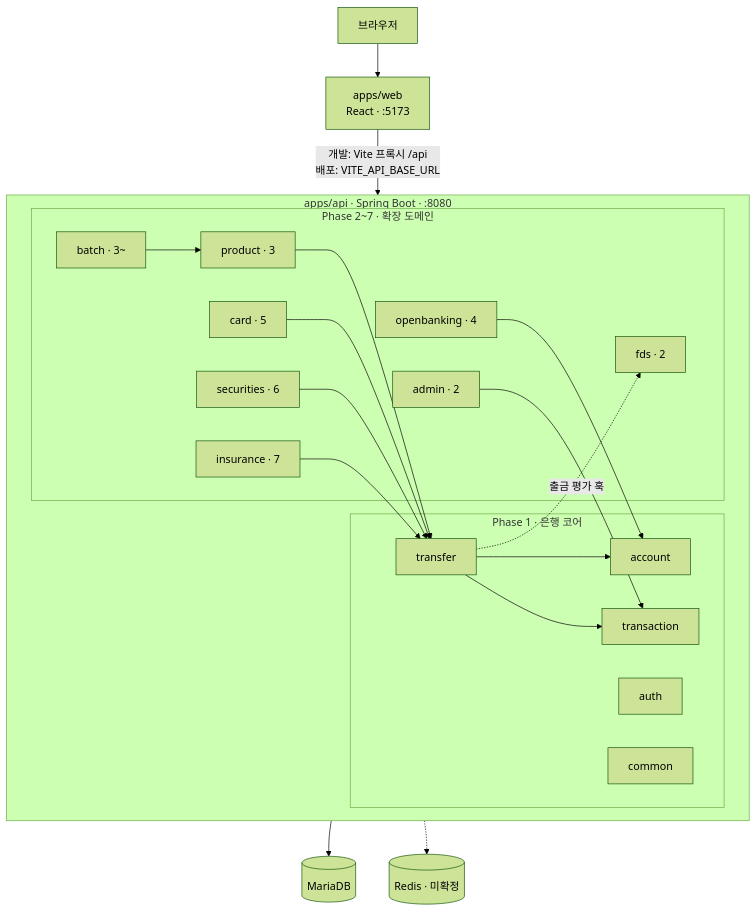
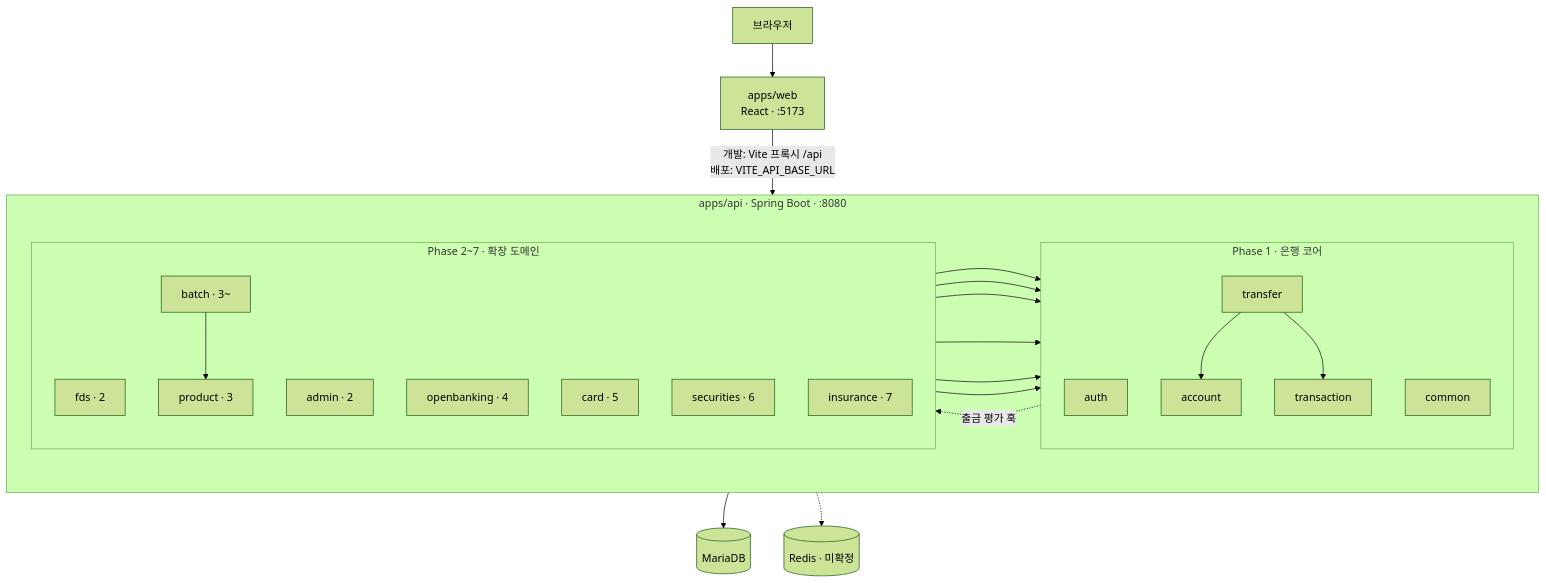
Before and after one commit to ShinhanDSProject/talking-bank: the diagram in docs/03-tech-stack.md, drawn with Mermaid (forest theme).

Commit message:
docs: 03 다이어그램의 core·ext subgraph에 direction TB 명시
api 내부는 LR로 두어 두 subgraph를 좌우에 놓고, 각 subgraph 안의
노드는 세로로 쌓이게 한다.

````diff
--- a/docs/03-tech-stack.md
+++ b/docs/03-tech-stack.md
@@ -41,36 +41,38 @@
 ```mermaid
 flowchart TB
     browser[브라우저] --> web["apps/web<br/>React · :5173"]
     web -->|"개발: Vite 프록시 /api<br/>배포: VITE_API_BASE_URL"| api
 
     subgraph api["apps/api · Spring Boot · :8080"]
         direction LR
         subgraph core["Phase 1 · 은행 코어"]
+            direction TB
             auth[auth]
             common[common]
             transfer[transfer] --> account[account]
             transfer --> transaction[transaction]
         end
         subgraph ext["Phase 2~7 · 확장 도메인"]
+            direction TB
             fds["fds · 2"]
             admin["admin · 2"]
             product["product · 3"]
             batch["batch · 3~"]
             openbanking["openbanking · 4"]
             card["card · 5"]
             securities["securities · 6"]
             insurance["insurance · 7"]
         end
         transfer -. 출금 평가 훅 .-> fds
         product --> transfer
         card --> transfer
         securities --> transfer
         insurance --> transfer
         openbanking --> account
         admin --> transaction
         batch --> product
     end
 
     api --> db[(MariaDB)]
     api -.-> redis[(Redis · 미확정)]
 ```
````
